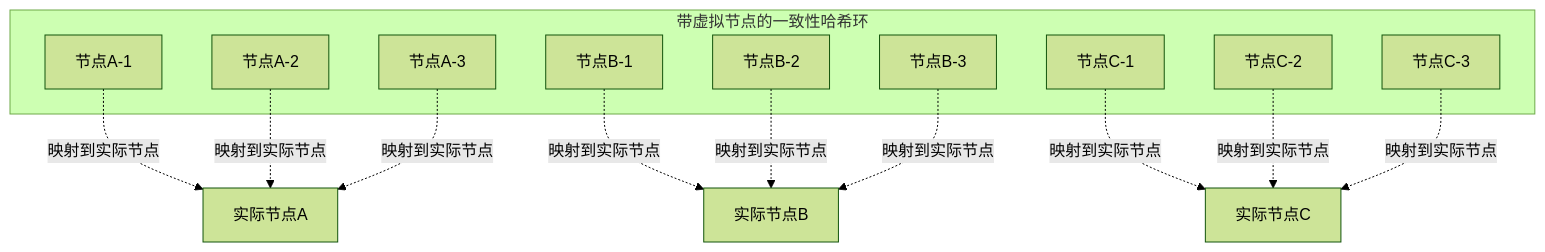
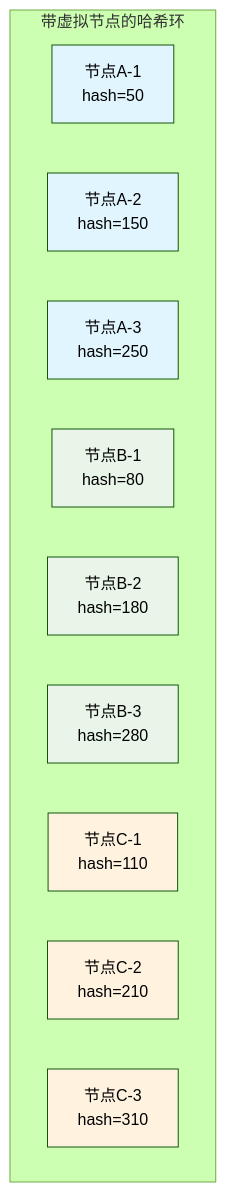
Before and after one commit to 2042159221/learn-RPC: the second of 4 diagrams in doc/一致性Hash算法原理与优势.md, drawn with Mermaid (forest theme). The commit also changed other lines of this file and 30 other files, not shown here.

````diff
--- a/doc/一致性Hash算法原理与优势.md
+++ b/doc/一致性Hash算法原理与优势.md
@@ -46,24 +40,26 @@
 ```mermaid
 graph TD
-    subgraph "带虚拟节点的一致性哈希环"
-        A1["节点A-1"]
-        A2["节点A-2"]
-        A3["节点A-3"]
-        B1["节点B-1"]
-        B2["节点B-2"]
-        B3["节点B-3"]
-        C1["节点C-1"]
-        C2["节点C-2"]
-        C3["节点C-3"]
+    subgraph "带虚拟节点的哈希环"
+        A1["节点A-1<br/>hash=50"]
+        A2["节点A-2<br/>hash=150"]
+        A3["节点A-3<br/>hash=250"]
+
+        B1["节点B-1<br/>hash=80"]
+        B2["节点B-2<br/>hash=180"]
+        B3["节点B-3<br/>hash=280"]
+
+        C1["节点C-1<br/>hash=110"]
+        C2["节点C-2<br/>hash=210"]
+        C3["节点C-3<br/>hash=310"]
     end
 
-    A1 -.->|"映射到实际节点"| A["实际节点A"]
-    A2 -.->|"映射到实际节点"| A
-    A3 -.->|"映射到实际节点"| A
-    B1 -.->|"映射到实际节点"| B["实际节点B"]
-    B2 -.->|"映射到实际节点"| B
-    B3 -.->|"映射到实际节点"| B
-    C1 -.->|"映射到实际节点"| C["实际节点C"]
-    C2 -.->|"映射到实际节点"| C
-    C3 -.->|"映射到实际节点"| C
+    style A1 fill:#e1f5fe
+    style A2 fill:#e1f5fe
+    style A3 fill:#e1f5fe
+    style B1 fill:#e8f5e8
+    style B2 fill:#e8f5e8
+    style B3 fill:#e8f5e8
+    style C1 fill:#fff3e0
+    style C2 fill:#fff3e0
+    style C3 fill:#fff3e0
 ```
````
